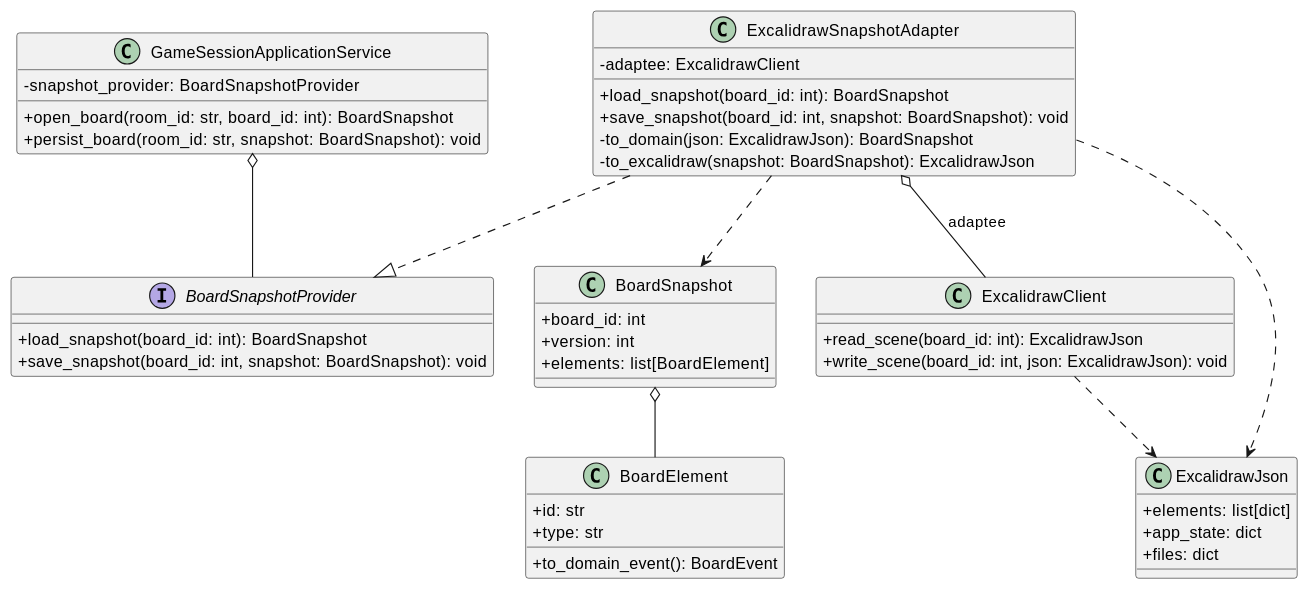
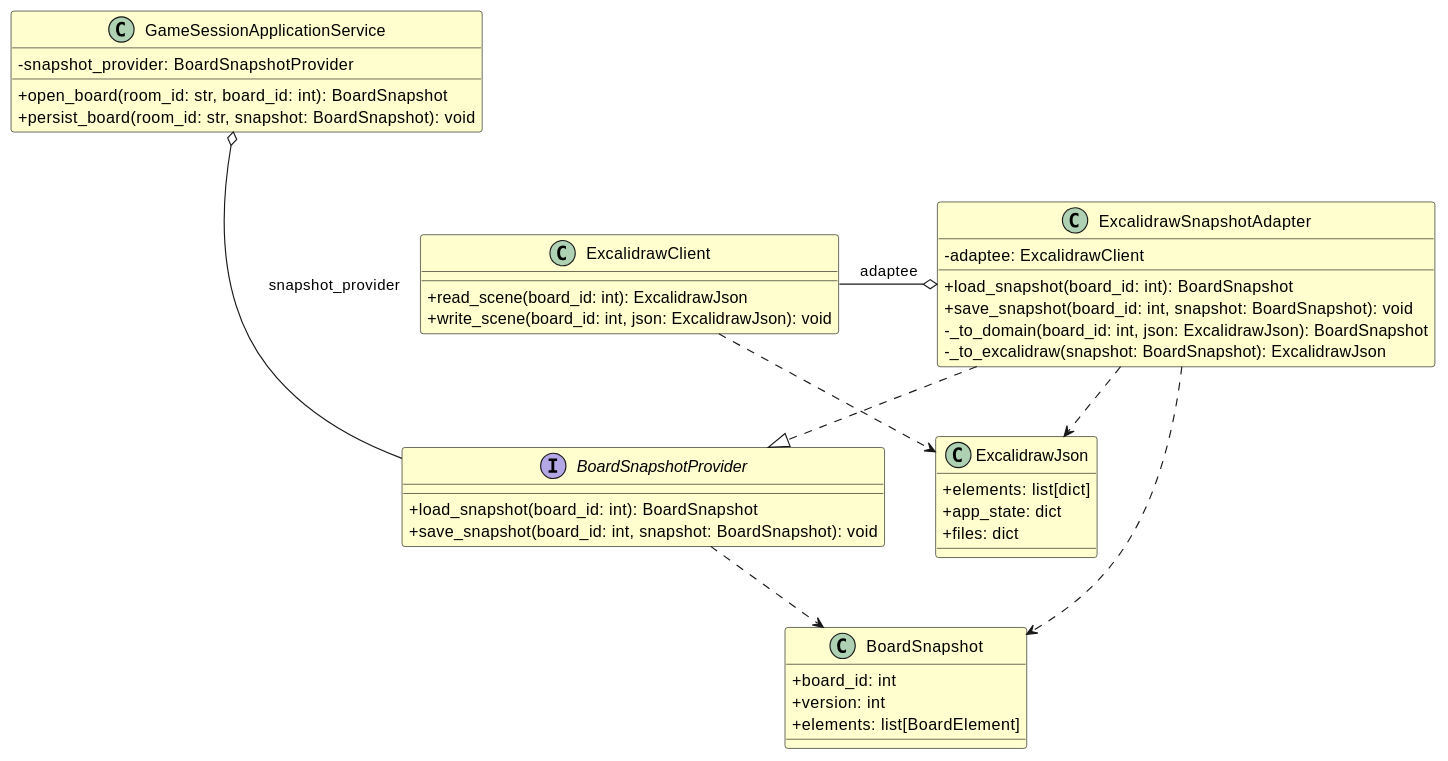
One commit to wingelshteyn/DesignSoftwareCourse changed the diagram in diagram_prompts/07_adapter.md. Above: the diagram before and after it, drawn with PlantUML. The commit also changed other lines of this file and 19 other files, not shown here.

First line of the commit message:
Обновить diagram_prompts под эталон ПР8 для ASTROLL.

````diff
--- a/diagram_prompts/07_adapter.md
+++ b/diagram_prompts/07_adapter.md
@@ -7,55 +46,57 @@
 ```plantuml
 @startuml
 skinparam classAttributeIconSize 0
-
-interface BoardSnapshotProvider {
-  +load_snapshot(board_id: int): BoardSnapshot
-  +save_snapshot(board_id: int, snapshot: BoardSnapshot): void
+skinparam class {
+  BackgroundColor #FEFECE
+  BorderColor black
 }
 
 class GameSessionApplicationService {
   -snapshot_provider: BoardSnapshotProvider
   +open_board(room_id: str, board_id: int): BoardSnapshot
   +persist_board(room_id: str, snapshot: BoardSnapshot): void
 }
 
+interface BoardSnapshotProvider {
+  +load_snapshot(board_id: int): BoardSnapshot
+  +save_snapshot(board_id: int, snapshot: BoardSnapshot): void
+}
+
 class BoardSnapshot {
   +board_id: int
   +version: int
   +elements: list[BoardElement]
-}
-
-class BoardElement {
-  +id: str
-  +type: str
-  +to_domain_event(): BoardEvent
 }
 
 class ExcalidrawClient {
   +read_scene(board_id: int): ExcalidrawJson
   +write_scene(board_id: int, json: ExcalidrawJson): void
 }
 
 class ExcalidrawJson {
   +elements: list[dict]
   +app_state: dict
   +files: dict
 }
 
 class ExcalidrawSnapshotAdapter {
   -adaptee: ExcalidrawClient
   +load_snapshot(board_id: int): BoardSnapshot
   +save_snapshot(board_id: int, snapshot: BoardSnapshot): void
-  -to_domain(json: ExcalidrawJson): BoardSnapshot
-  -to_excalidraw(snapshot: BoardSnapshot): ExcalidrawJson
+  -_to_domain(board_id: int, json: ExcalidrawJson): BoardSnapshot
+  -_to_excalidraw(snapshot: BoardSnapshot): ExcalidrawJson
 }
 
+GameSessionApplicationService o-- BoardSnapshotProvider : snapshot_provider
 ExcalidrawSnapshotAdapter ..|> BoardSnapshotProvider
 ExcalidrawSnapshotAdapter o-- ExcalidrawClient : adaptee
-GameSessionApplicationService o-- BoardSnapshotProvider
-BoardSnapshot o-- BoardElement
-ExcalidrawClient ..> ExcalidrawJson
 ExcalidrawSnapshotAdapter ..> BoardSnapshot
 ExcalidrawSnapshotAdapter ..> ExcalidrawJson
+ExcalidrawClient ..> ExcalidrawJson
+BoardSnapshotProvider ..> BoardSnapshot
+
+GameSessionApplicationService -[hidden]right- BoardSnapshotProvider
+ExcalidrawClient -[hidden]right- ExcalidrawSnapshotAdapter
+GameSessionApplicationService -[hidden]down- ExcalidrawClient
 @enduml
 ```
````
